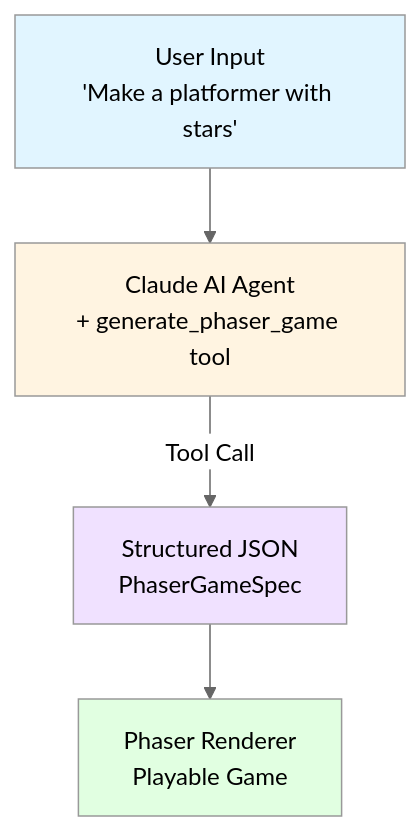
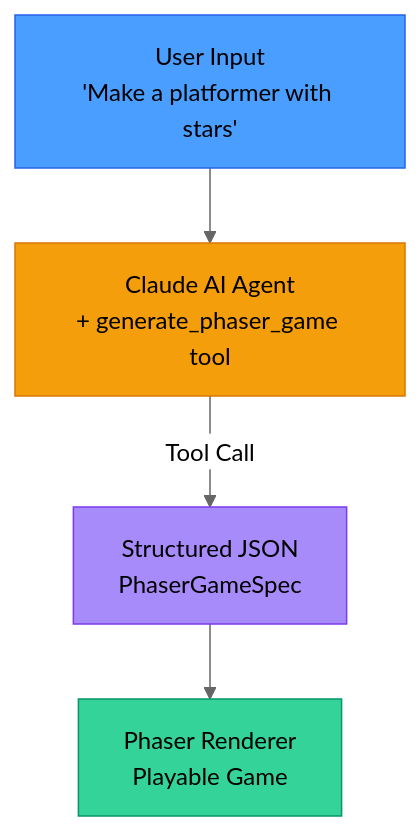
Before and after one commit to davidroeca/pueo: the diagram in README.md, drawn with Mermaid (neutral theme).

Commit message:
Better diagram visibility

````diff
--- a/README.md
+++ b/README.md
@@ -79,11 +79,11 @@
 ```mermaid
 flowchart TD
     A[User Input<br/>'Make a platformer with stars'] --> B[Claude AI Agent<br/>+ generate_phaser_game tool]
     B -->|Tool Call| C[Structured JSON<br/>PhaserGameSpec]
     C --> D[Phaser Renderer<br/>Playable Game]
 
-    style A fill:#e1f5ff
-    style B fill:#fff4e1
-    style C fill:#f0e1ff
-    style D fill:#e1ffe1
+    style A fill:#4a9eff,stroke:#2563eb,color:#000
+    style B fill:#f59e0b,stroke:#d97706,color:#000
+    style C fill:#a78bfa,stroke:#7c3aed,color:#000
+    style D fill:#34d399,stroke:#059669,color:#000
 ```
````
